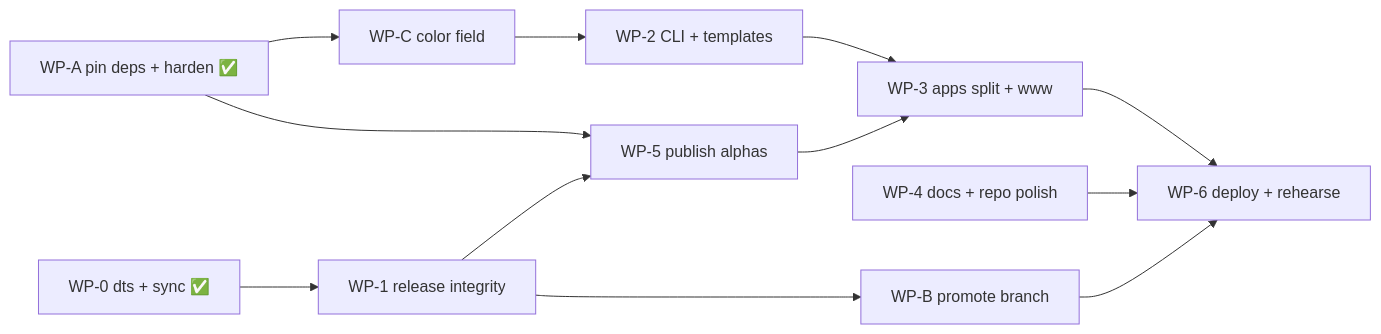
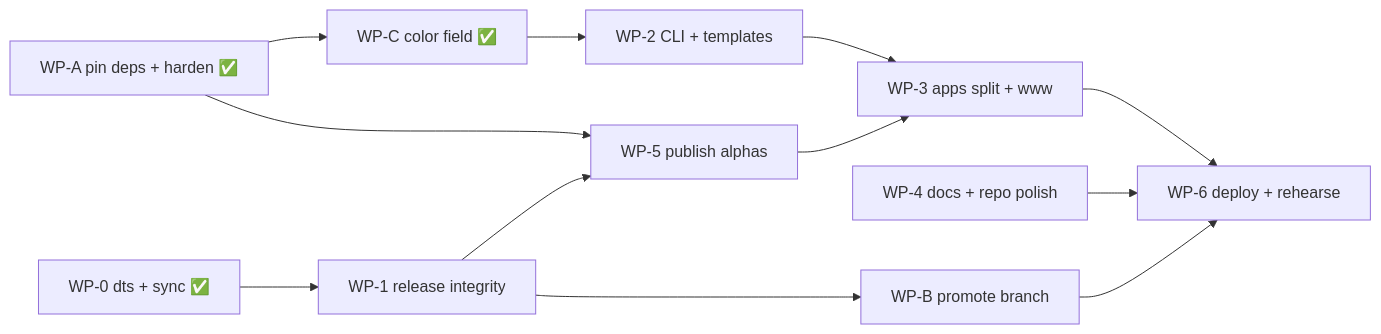
The diagram in .agent/docs/specs/2026-08-30-launch-readiness/spec.md (ianyimi/vex), drawn with Mermaid before and after one commit. The commit also changed other lines of this file and 79 other files, not shown here.

````diff
--- a/.agent/docs/specs/2026-08-30-launch-readiness/spec.md
+++ b/.agent/docs/specs/2026-08-30-launch-readiness/spec.md
@@ -105,14 +105,14 @@
 ```mermaid
 graph LR
   WP0["WP-0 dts + sync ✅"] --> WP1["WP-1 release integrity"]
-  WPA["WP-A pin deps + harden ✅"] --> WPC["WP-C color field"]
+  WPA["WP-A pin deps + harden ✅"] --> WPC["WP-C color field ✅"]
   WPC --> WP2["WP-2 CLI + templates"]
   WPA --> WP5
   WP1 --> WP5["WP-5 publish alphas"]
   WP2 --> WP3["WP-3 apps split + www"]
   WP5 --> WP3
   WP1 --> WPB["WP-B promote branch"]
   WP3 --> WP6["WP-6 deploy + rehearse"]
   WP4["WP-4 docs + repo polish"] --> WP6
   WPB --> WP6
 ```
````
